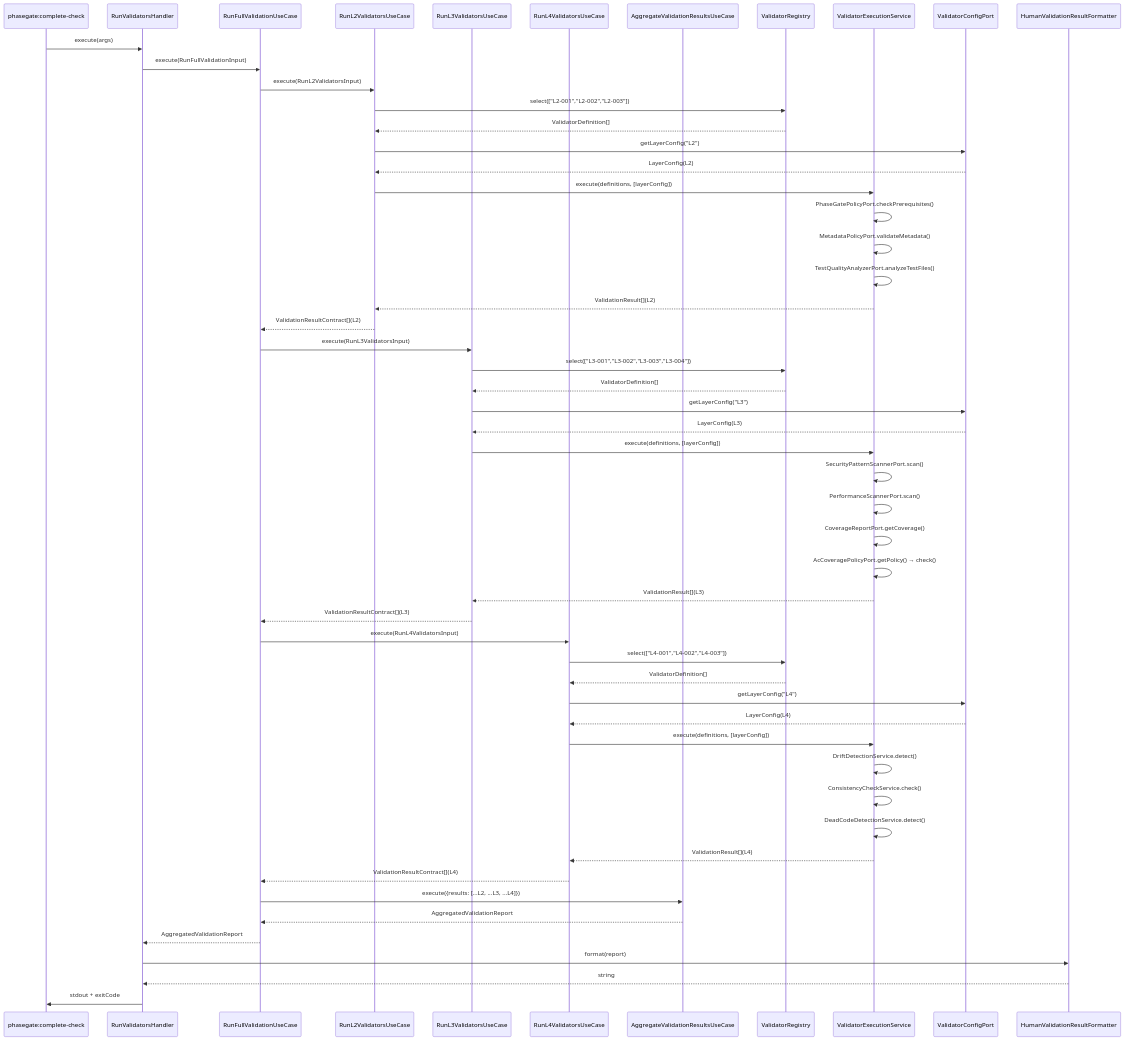
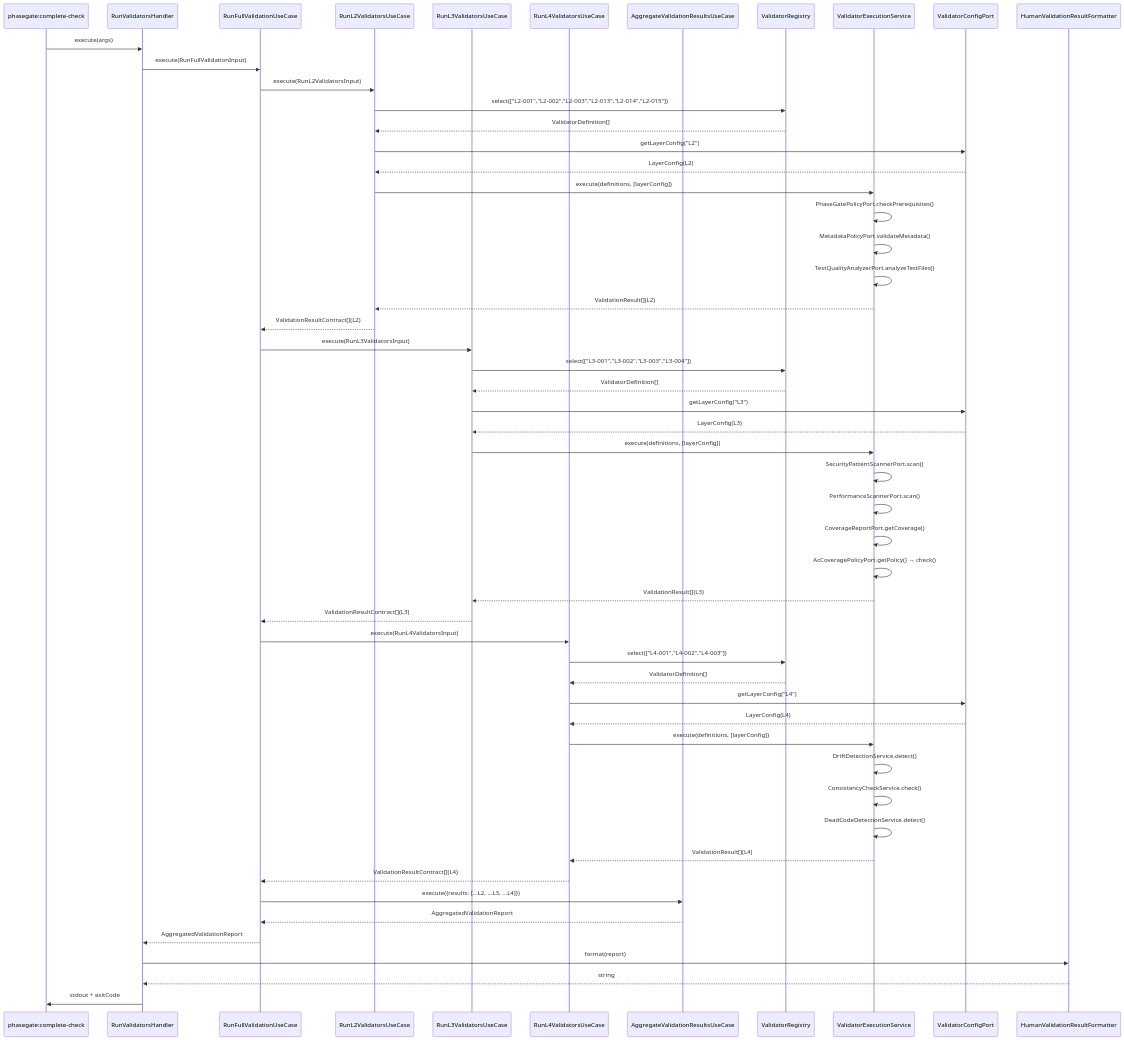
One commit to junpei-9898/phasegate changed the second of 4 diagrams in docs/product/construction/validator-system/logical_design.md. Above: the diagram before and after it, drawn with Mermaid. The commit also changed other lines of this file and 53 other files, not shown here.

````diff
--- a/docs/product/construction/validator-system/logical_design.md
+++ b/docs/product/construction/validator-system/logical_design.md
@@ -1492,62 +1492,62 @@
 ```mermaid
 sequenceDiagram
     participant CLI as phasegate:complete-check
     participant Handler as RunValidatorsHandler
     participant FullUC as RunFullValidationUseCase
     participant L2UC as RunL2ValidatorsUseCase
     participant L3UC as RunL3ValidatorsUseCase
     participant L4UC as RunL4ValidatorsUseCase
     participant AggUC as AggregateValidationResultsUseCase
     participant Registry as ValidatorRegistry
     participant ExecSvc as ValidatorExecutionService
     participant ConfigPort as ValidatorConfigPort
     participant Formatter as HumanValidationResultFormatter
 
     CLI->>Handler: execute(args)
     Handler->>FullUC: execute(RunFullValidationInput)
 
     FullUC->>L2UC: execute(RunL2ValidatorsInput)
-    L2UC->>Registry: select(["L2-001","L2-002","L2-003"])
+    L2UC->>Registry: select(["L2-001","L2-002","L2-003","L2-013","L2-014","L2-015"])
     Registry-->>L2UC: ValidatorDefinition[]
     L2UC->>ConfigPort: getLayerConfig("L2")
     ConfigPort-->>L2UC: LayerConfig(L2)
     L2UC->>ExecSvc: execute(definitions, [layerConfig])
     ExecSvc->>ExecSvc: PhaseGatePolicyPort.checkPrerequisites()
     ExecSvc->>ExecSvc: MetadataPolicyPort.validateMetadata()
     ExecSvc->>ExecSvc: TestQualityAnalyzerPort.analyzeTestFiles()
     ExecSvc-->>L2UC: ValidationResult[](L2)
     L2UC-->>FullUC: ValidationResultContract[](L2)
 
     FullUC->>L3UC: execute(RunL3ValidatorsInput)
     L3UC->>Registry: select(["L3-001","L3-002","L3-003","L3-004"])
     Registry-->>L3UC: ValidatorDefinition[]
     L3UC->>ConfigPort: getLayerConfig("L3")
     ConfigPort-->>L3UC: LayerConfig(L3)
     L3UC->>ExecSvc: execute(definitions, [layerConfig])
     ExecSvc->>ExecSvc: SecurityPatternScannerPort.scan()
     ExecSvc->>ExecSvc: PerformanceScannerPort.scan()
     ExecSvc->>ExecSvc: CoverageReportPort.getCoverage()
     ExecSvc->>ExecSvc: AcCoveragePolicyPort.getPolicy() → check()
     ExecSvc-->>L3UC: ValidationResult[](L3)
     L3UC-->>FullUC: ValidationResultContract[](L3)
 
     FullUC->>L4UC: execute(RunL4ValidatorsInput)
     L4UC->>Registry: select(["L4-001","L4-002","L4-003"])
     Registry-->>L4UC: ValidatorDefinition[]
     L4UC->>ConfigPort: getLayerConfig("L4")
     ConfigPort-->>L4UC: LayerConfig(L4)
     L4UC->>ExecSvc: execute(definitions, [layerConfig])
     ExecSvc->>ExecSvc: DriftDetectionService.detect()
     ExecSvc->>ExecSvc: ConsistencyCheckService.check()
     ExecSvc->>ExecSvc: DeadCodeDetectionService.detect()
     ExecSvc-->>L4UC: ValidationResult[](L4)
     L4UC-->>FullUC: ValidationResultContract[](L4)
 
     FullUC->>AggUC: execute({results: [...L2, ...L3, ...L4]})
     AggUC-->>FullUC: AggregatedValidationReport
     FullUC-->>Handler: AggregatedValidationReport
 
     Handler->>Formatter: format(report)
     Formatter-->>Handler: string
     Handler->>CLI: stdout + exitCode
 ```
````
